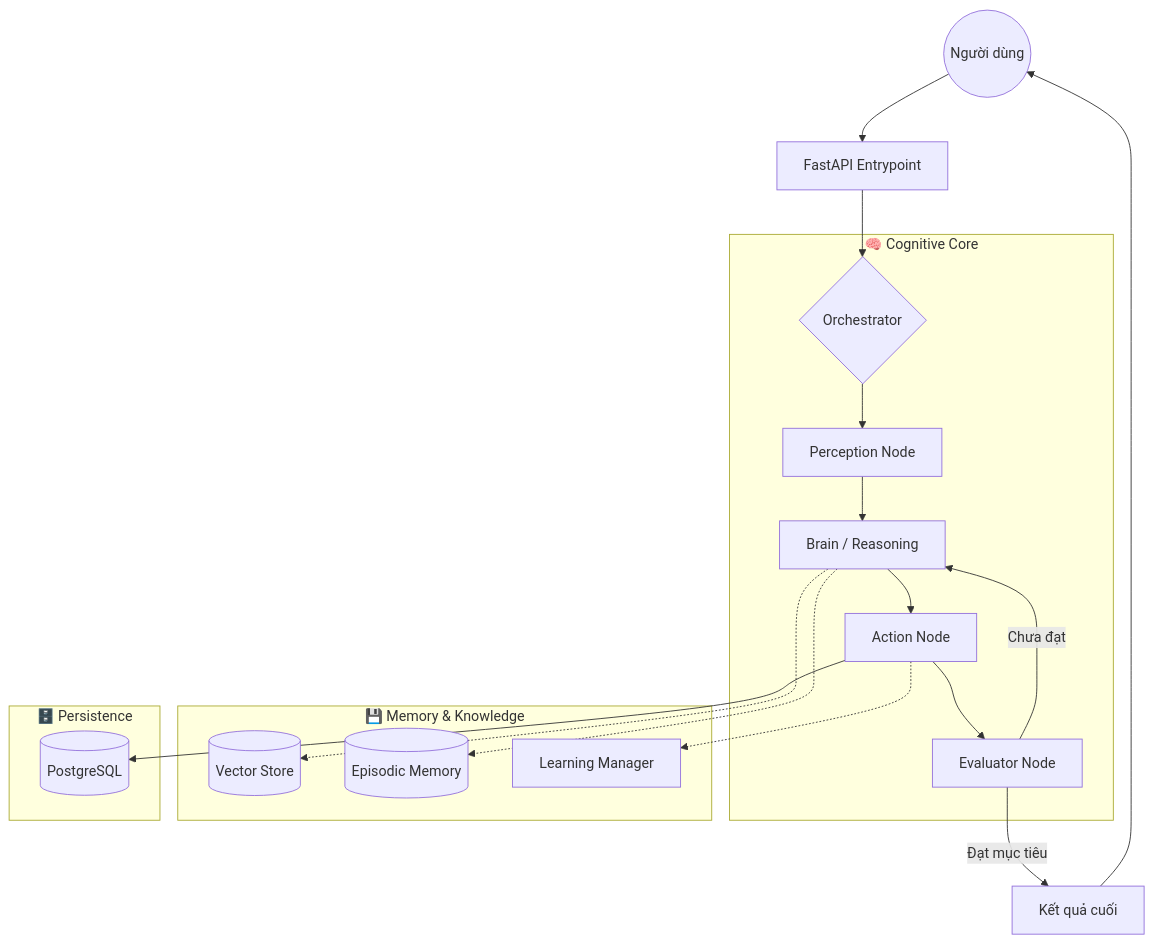
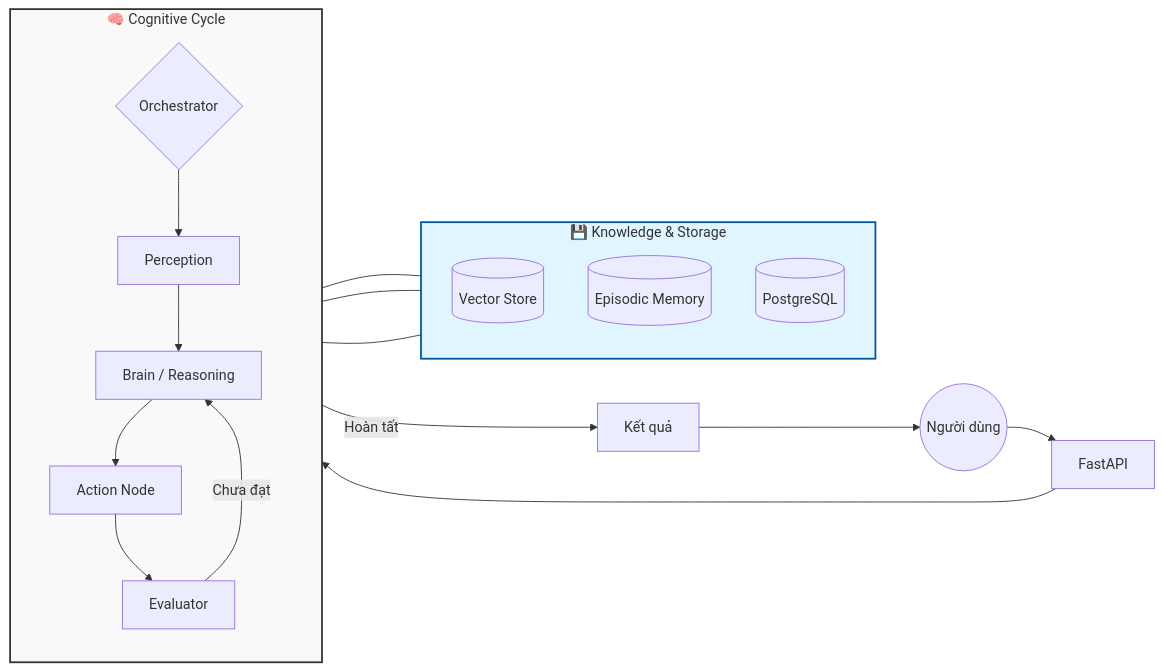
The diagram in README.md (phunhph/agentic_ai), drawn with Mermaid before and after one commit.

Commit message:
update flow

````diff
--- a/README.md
+++ b/README.md
@@ -15,26 +15,30 @@
 ```mermaid
-graph TD
-    User((Người dùng)) --> API[FastAPI Entrypoint]
-    API --> Orchestrator{Orchestrator}
-    
-    subgraph agent[🧠 Cognitive Core]
-        Orchestrator --> Perception[Perception Node]
-        Perception --> Brain[Brain / Reasoning]
-        Brain --> Action[Action Node]
-        Action --> Evaluator[Evaluator Node]
-        Evaluator -->|Chưa đạt| Brain
+graph LR
+    User((Người dùng)) --> API[FastAPI]
+    API --> Orch{Orchestrator}
+
+    subgraph Core [🧠 Cognitive Cycle]
+        direction TB
+        Orch --> Perc[Perception]
+        Perc --> Brain[Brain / Reasoning]
+        Brain --> Act[Action Node]
+        Act --> Eval[Evaluator]
+        Eval -->|Chưa đạt| Brain
     end
 
-    subgraph memory[💾 Memory & Knowledge]
-        Brain -.-> RAG[(Vector Store)]
-        Brain -.-> History[(Episodic Memory)]
-        Action -.-> Learning[Learning Manager]
+    subgraph Data [💾 Knowledge & Storage]
+        direction TB
+        RAG[(Vector Store)]
+        Mem[(Episodic Memory)]
+        DB[(PostgreSQL)]
     end
 
-    subgraph storage[🗄️ Persistence]
-        Action --> DB[(PostgreSQL)]
-    end
+    Brain --- RAG
+    Brain --- Mem
+    Act --- DB
+    Eval -->|Hoàn tất| Final[Kết quả]
+    Final --> User
 
-    Evaluator -->|Đạt mục tiêu| Final[Kết quả cuối]
-    Final --> User
+    style Core fill:#f9f9f9,stroke:#333,stroke-width:2px
+    style Data fill:#e1f5fe,stroke:#01579b,stroke-width:2px
 ```
````
